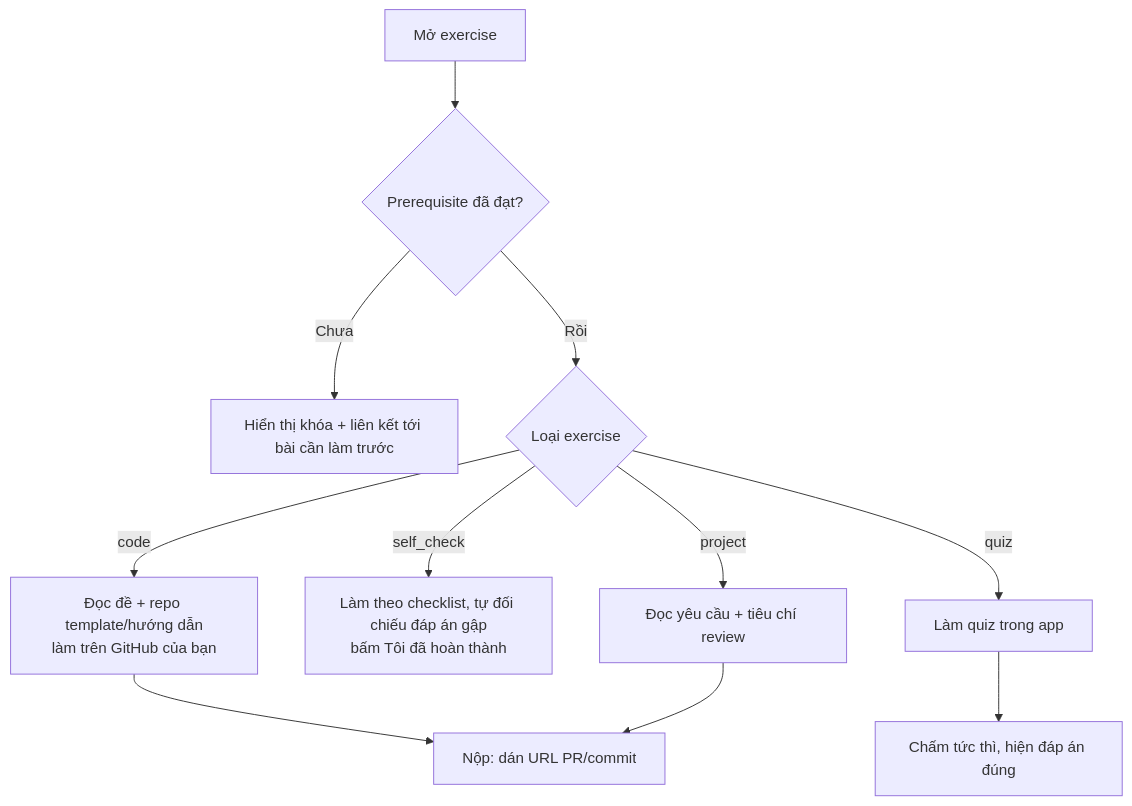
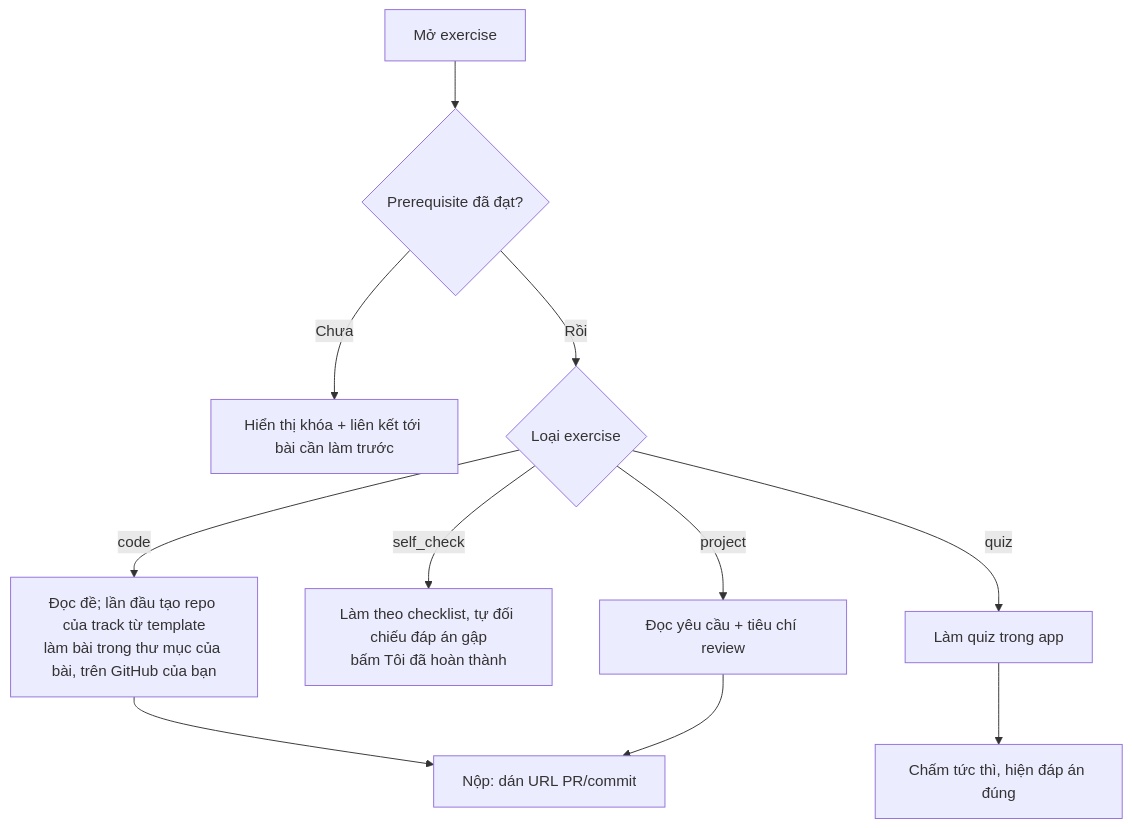
The fifth of 10 diagrams in docs/product/USER-FLOWS.md (hcmute-dsc/learning-hub-docs), drawn with Mermaid before and after one commit. The commit also changed 5 other files, not shown here.

Commit message:
Docs: one starter template repo per track (starterRepo + starterPath)

````diff
--- a/docs/product/USER-FLOWS.md
+++ b/docs/product/USER-FLOWS.md
@@ -78,13 +78,13 @@
 ```mermaid
 flowchart TD
   A[Mở exercise] --> B{Prerequisite đã đạt?}
   B -- Chưa --> C[Hiển thị khóa + liên kết tới bài cần làm trước]
   B -- Rồi --> D{Loại exercise}
-  D -- code --> E[Đọc đề + repo template/hướng dẫn<br/>làm trên GitHub của bạn]
+  D -- code --> E[Đọc đề; lần đầu tạo repo của track từ template<br/>làm bài trong thư mục của bài, trên GitHub của bạn]
   D -- self_check --> S[Làm theo checklist, tự đối chiếu đáp án gập<br/>bấm Tôi đã hoàn thành]
   D -- quiz --> F[Làm quiz trong app]
   D -- project --> G[Đọc yêu cầu + tiêu chí review]
   E --> H[Nộp: dán URL PR/commit]
   F --> I[Chấm tức thì, hiện đáp án đúng]
   G --> H
 ```
````
